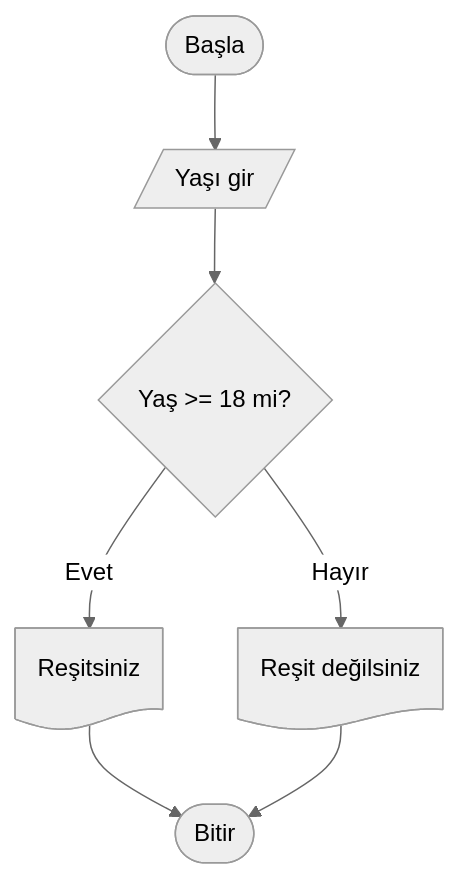
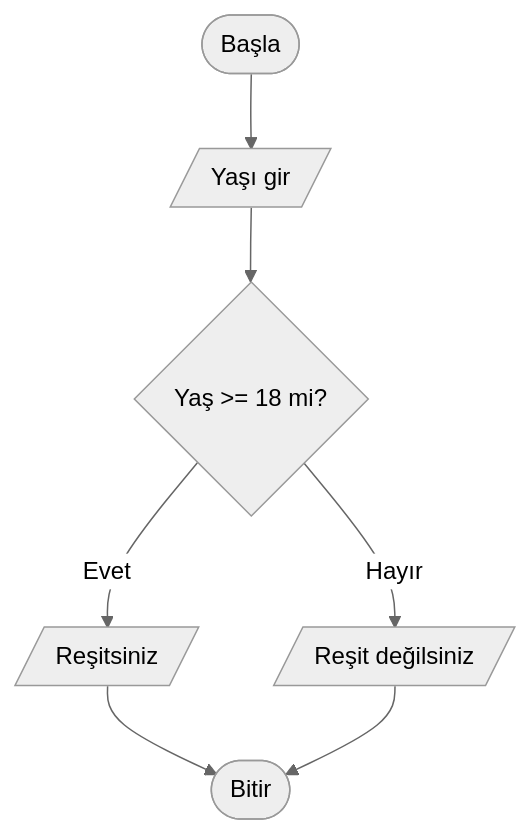
The seventh of 10 diagrams in Hafta_04_Akis_Diyagramlari_1.md (ibrahimayaz/Algoritma-ve-Programlamaya-Giris), drawn with Mermaid (neutral theme) before and after one commit. The commit also changed other lines of this file, not shown here.

````diff
--- a/Hafta_04_Akis_Diyagramlari_1.md
+++ b/Hafta_04_Akis_Diyagramlari_1.md
@@ -173,9 +173,9 @@
 ```mermaid
 graph TD
     A([Başla]) --> B[/Yaşı gir/]
     B --> C{Yaş >= 18 mi?}
-    C -- Evet --> D@{ shape: doc, label: "Reşitsiniz" }
-    C -- Hayır --> E@{ shape: doc, label: "Reşit değilsiniz" }
+    C -- Evet --> D[/Reşitsiniz/]
+    C -- Hayır --> E[/Reşit değilsiniz/]
     D --> F([Bitir])
     E --> F
 ```
````
